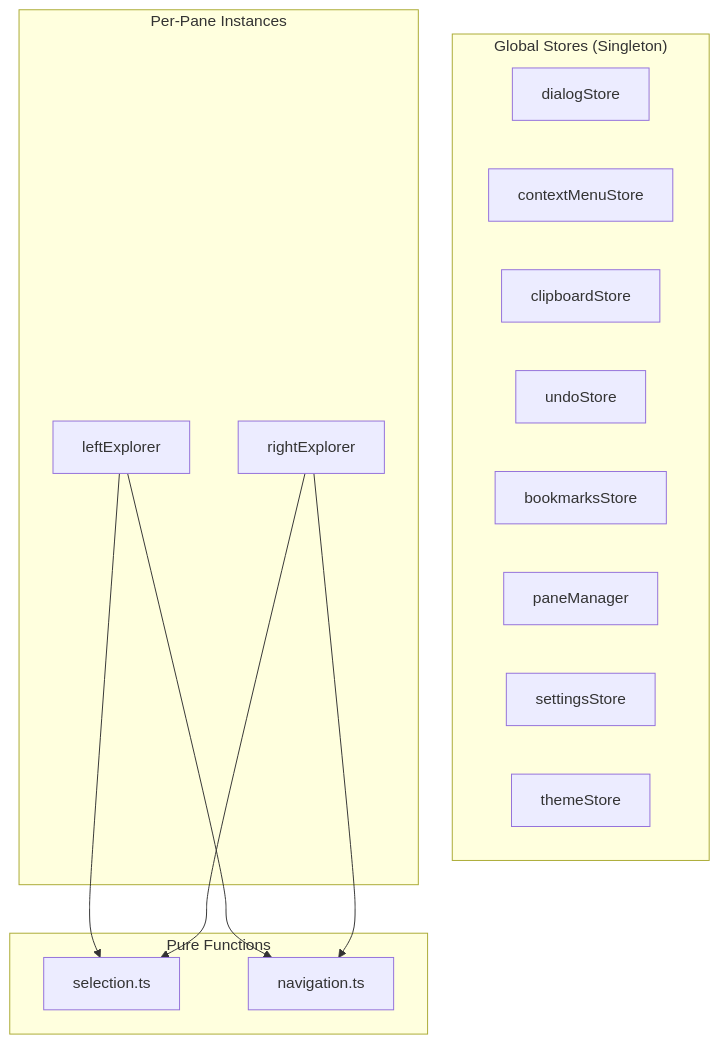
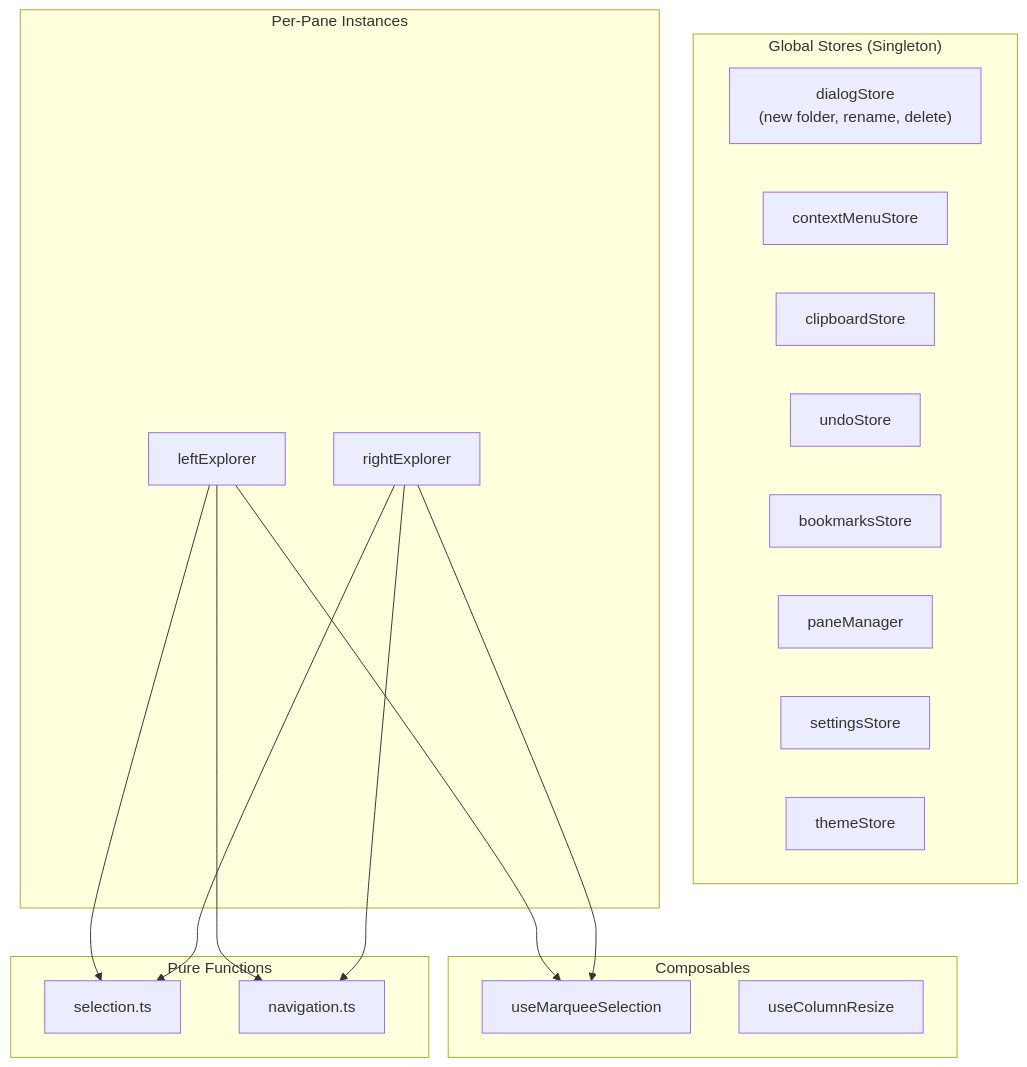
Before and after one commit to xnmp/tauri-explorer: the second of 5 diagrams in docs/CODEBASE_MAP.md, drawn with Mermaid. The commit also changed other lines of this file and 4 other files, not shown here.

````diff
--- a/docs/CODEBASE_MAP.md
+++ b/docs/CODEBASE_MAP.md
@@ -199,28 +202,35 @@
 ```mermaid
 graph TB
     subgraph Global["Global Stores (Singleton)"]
-        dialog["dialogStore"]
+        dialog["dialogStore<br/>(new folder, rename, delete)"]
         ctx["contextMenuStore"]
         clip["clipboardStore"]
         undo["undoStore"]
         book["bookmarksStore"]
         pane["paneManager"]
         set["settingsStore"]
         theme["themeStore"]
     end
 
     subgraph PerPane["Per-Pane Instances"]
         left["leftExplorer"]
         right["rightExplorer"]
     end
 
+    subgraph Composables["Composables"]
+        marquee["useMarqueeSelection"]
+        colresize["useColumnResize"]
+    end
+
     subgraph Pure["Pure Functions"]
         sel["selection.ts"]
         nav["navigation.ts"]
     end
 
     left --> sel
     right --> sel
     left --> nav
     right --> nav
+    left --> marquee
+    right --> marquee
 ```
````
